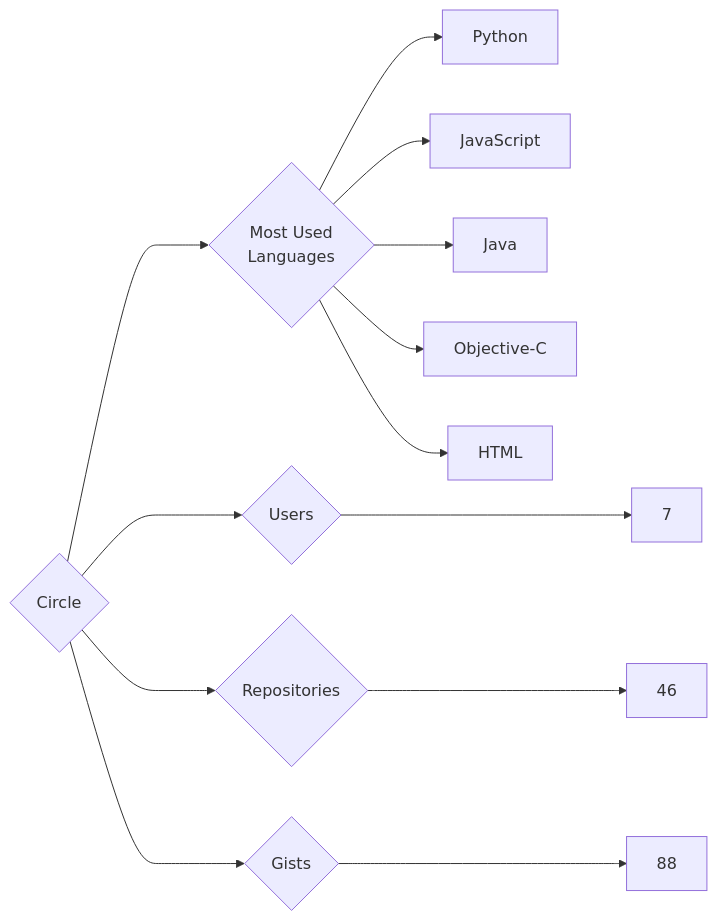
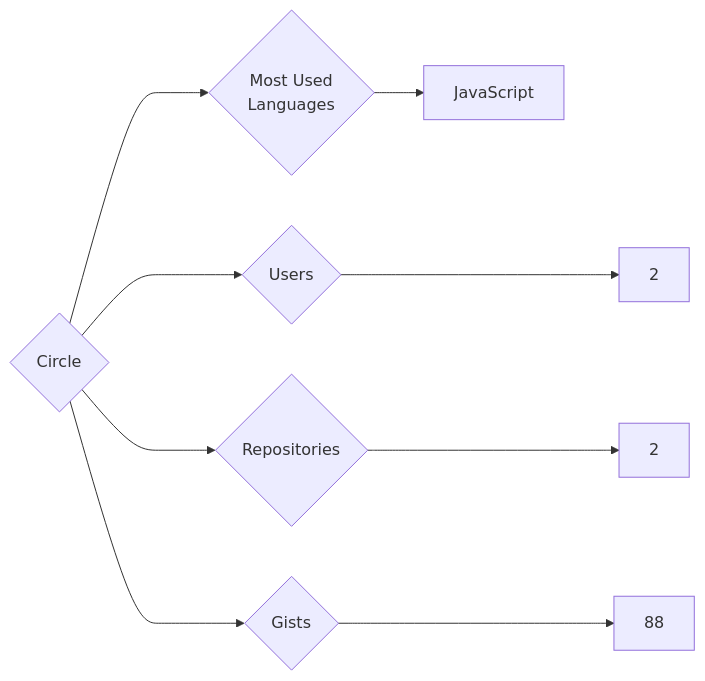
Before and after one commit to trickest/insiders: the diagram in targets/Circle/README.md, drawn with Mermaid. The commit also changed 1212 other files, not shown here.

````diff
--- a/targets/Circle/README.md
+++ b/targets/Circle/README.md
@@ -3,13 +3,9 @@
 ```mermaid
 graph LR
 COMPANY_NAME{Circle}
-COMPANY_NAME ---> U{Users} ---> UN[7]
-COMPANY_NAME ---> R{Repositories} ---> RN[46]
+COMPANY_NAME ---> U{Users} ---> UN[2]
+COMPANY_NAME ---> R{Repositories} ---> RN[2]
 COMPANY_NAME ---> G{Gists} ---> GN[88]
 COMPANY_NAME ---> ML{Most Used<br>Languages}
-ML --> Python[Python]
 ML --> JavaScript[JavaScript]
-ML --> Java[Java]
-ML --> Objective-C[Objective-C]
-ML --> HTML[HTML]
 ```
````
